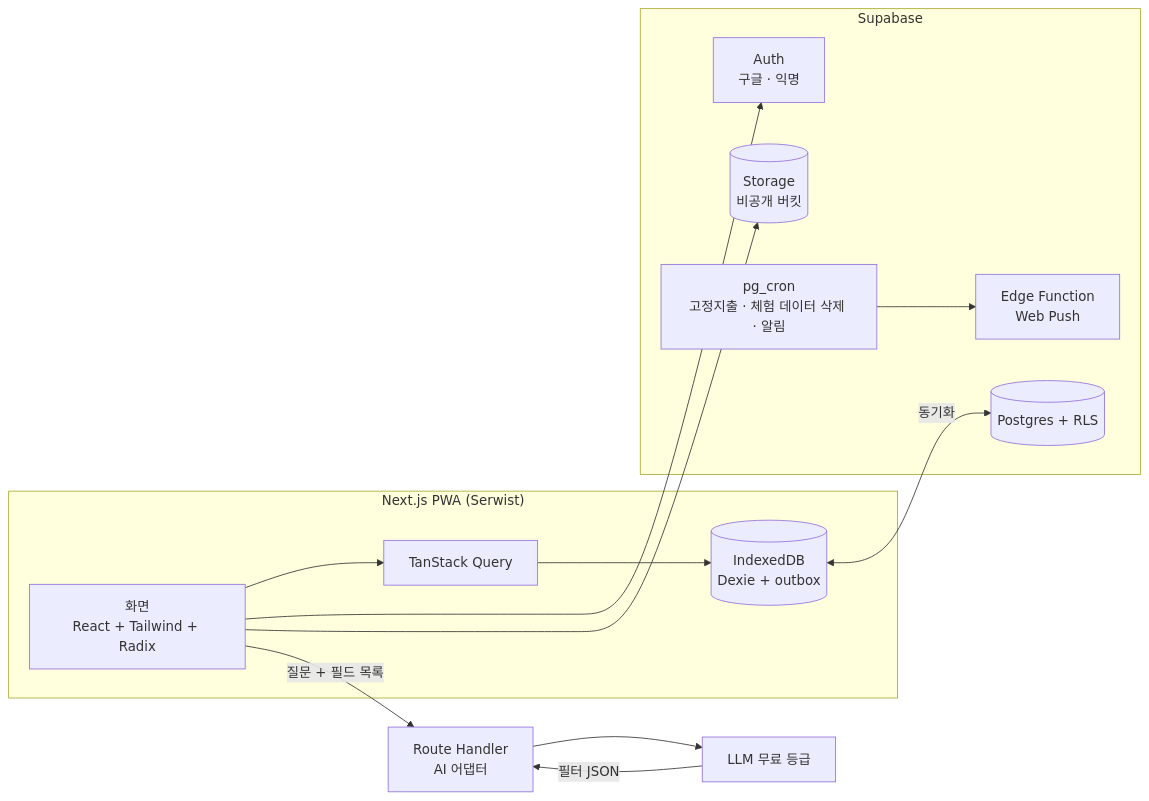
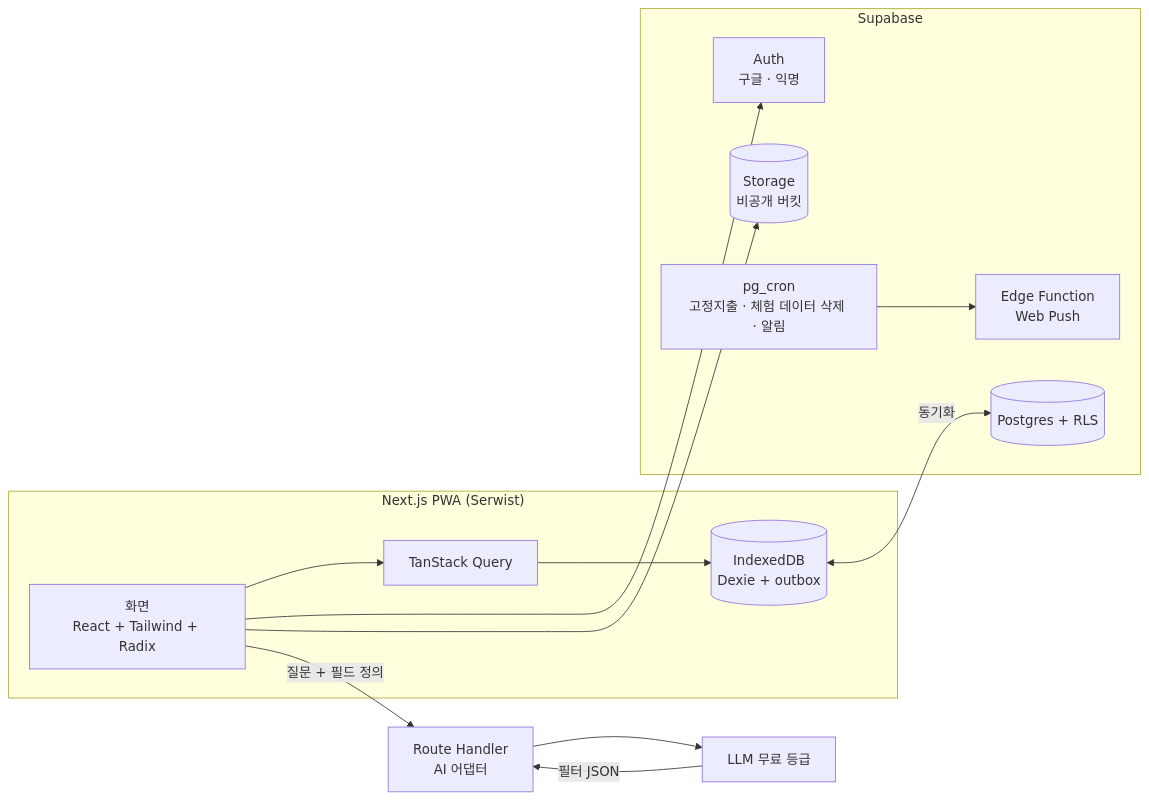
One commit to Zzal1225/nanaki changed the diagram in README.md. Above: the diagram before and after it, drawn with Mermaid. The commit also changed other lines of this file, not shown here.

````diff
--- a/README.md
+++ b/README.md
@@ -125,25 +127,25 @@
 ```mermaid
 flowchart LR
   subgraph Client["Next.js PWA (Serwist)"]
     UI[화면<br/>React + Tailwind + Radix]
     TQ[TanStack Query]
     DX[(IndexedDB<br/>Dexie + outbox)]
     UI --> TQ --> DX
   end
   subgraph Server["Supabase"]
     AUTH[Auth<br/>구글 · 익명]
     PG[(Postgres + RLS)]
     ST[(Storage<br/>비공개 버킷)]
     CRON[pg_cron<br/>고정지출 · 체험 데이터 삭제 · 알림]
     EF[Edge Function<br/>Web Push]
   end
   RH[Route Handler<br/>AI 어댑터]
   AI[LLM 무료 등급]
 
   DX <-- 동기화 --> PG
   UI --> AUTH
   UI --> ST
-  UI -- 질문 + 필드 목록 --> RH --> AI
+  UI -- 질문 + 필드 정의 --> RH --> AI
   AI -- 필터 JSON --> RH
   CRON --> EF
 ```
````
